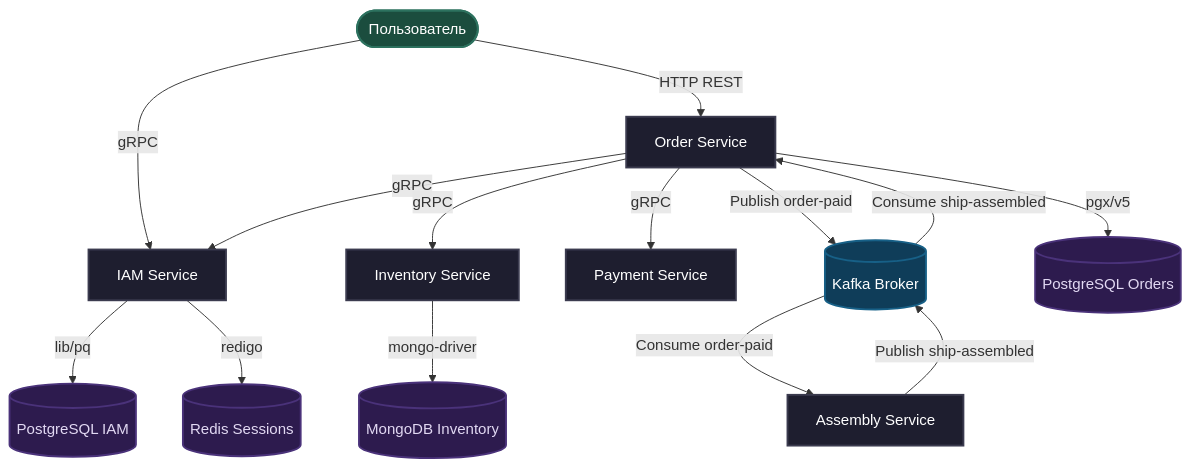
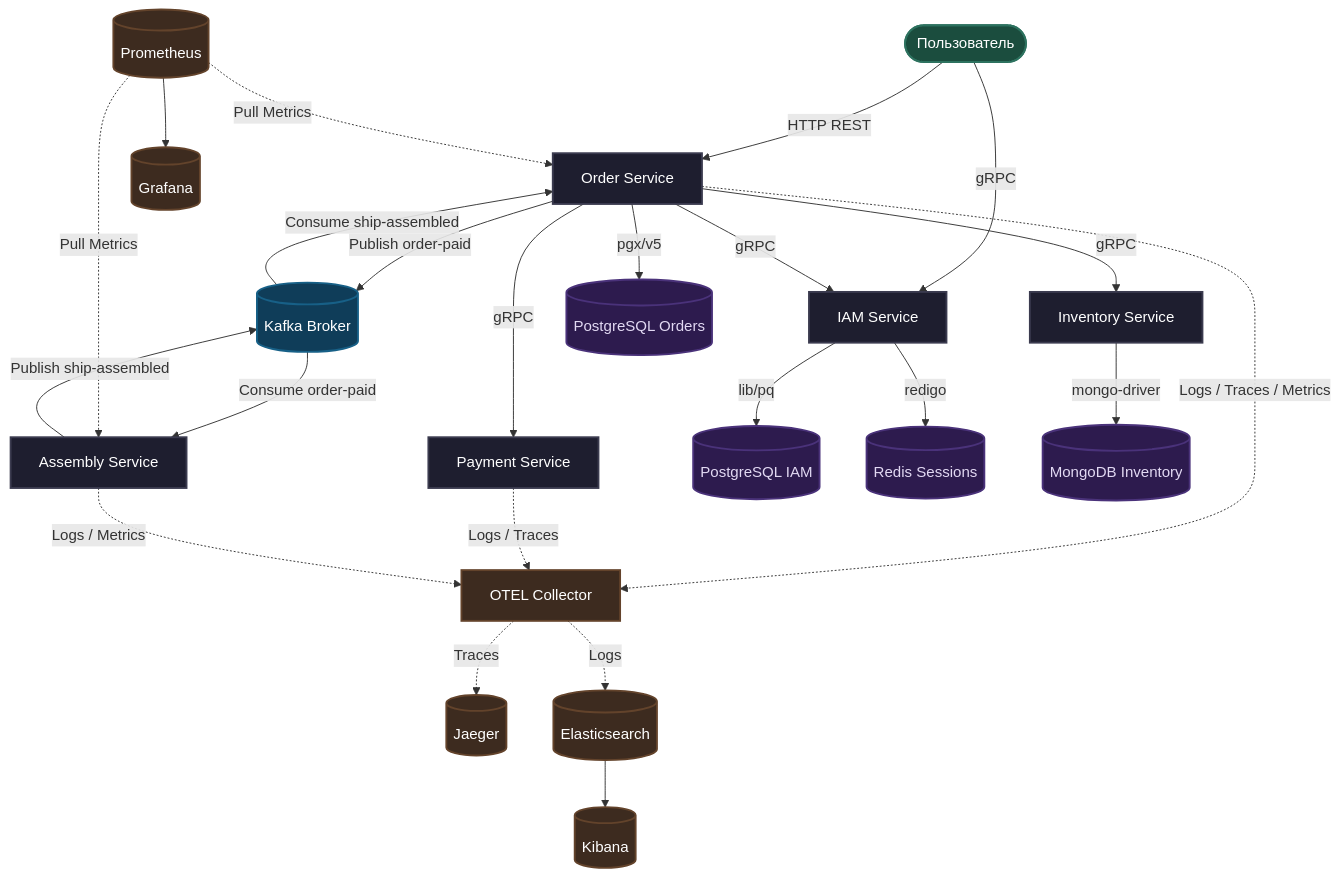
One commit to sssfind/spaceship-orders changed the diagram in README.md. Above: the diagram before and after it, drawn with Mermaid. The commit also changed other lines of this file, not shown here.

````diff
--- a/README.md
+++ b/README.md
@@ -16,31 +16,44 @@
 ```mermaid
 graph TD
     User([Пользователь]) -->|HTTP REST| OrderService[Order Service]
     User -->|gRPC| IAMService[IAM Service]
     
     OrderService -->|gRPC| IAMService
     OrderService -->|gRPC| InventoryService[Inventory Service]
     OrderService -->|gRPC| PaymentService[Payment Service]
     
     OrderService -->|Publish order-paid| Kafka[(Kafka Broker)]
     Kafka -->|Consume order-paid| AssemblyService[Assembly Service]
     AssemblyService -->|Publish ship-assembled| Kafka
     Kafka -->|Consume ship-assembled| OrderService
     
+    %% Telemetry Pipeline
+    OrderService -.->|Logs / Traces / Metrics| OTEL[OTEL Collector]
+    PaymentService -.->|Logs / Traces| OTEL
+    AssemblyService -.->|Logs / Metrics| OTEL
+    
+    OTEL -.->|Traces| Jaeger[(Jaeger)]
+    OTEL -.->|Logs| ES[(Elasticsearch)] --> Kibana[(Kibana)]
+    Prometheus[(Prometheus)] -.->|Pull Metrics| OrderService
+    Prometheus -.->|Pull Metrics| AssemblyService
+    Prometheus --> Grafana[(Grafana)]
+
     %% Databases
     OrderService -->|pgx/v5| PostgresOrder[(PostgreSQL Orders)]
     IAMService -->|lib/pq| PostgresIAM[(PostgreSQL IAM)]
     IAMService -->|redigo| RedisIAM[(Redis Sessions)]
     InventoryService -->|mongo-driver| MongoInventory[(MongoDB Inventory)]
     
     %% Styling
     classDef service fill:#1e1e2f,stroke:#3b3b4f,stroke-width:2px,color:#fff;
     classDef db fill:#2d1b4e,stroke:#4a327a,stroke-width:2px,color:#e2d9f3;
     classDef broker fill:#0f3d59,stroke:#176087,stroke-width:2px,color:#fff;
     classDef client fill:#1b4d3e,stroke:#2d725f,stroke-width:2px,color:#fff;
+    classDef obs fill:#3d2b1f,stroke:#63432b,stroke-width:2px,color:#fff;
     
     class OrderService,InventoryService,IAMService,PaymentService,AssemblyService service;
     class PostgresOrder,PostgresIAM,RedisIAM,MongoInventory db;
     class Kafka broker;
     class User client;
+    class OTEL,Jaeger,ES,Kibana,Prometheus,Grafana obs;
 ```
````
